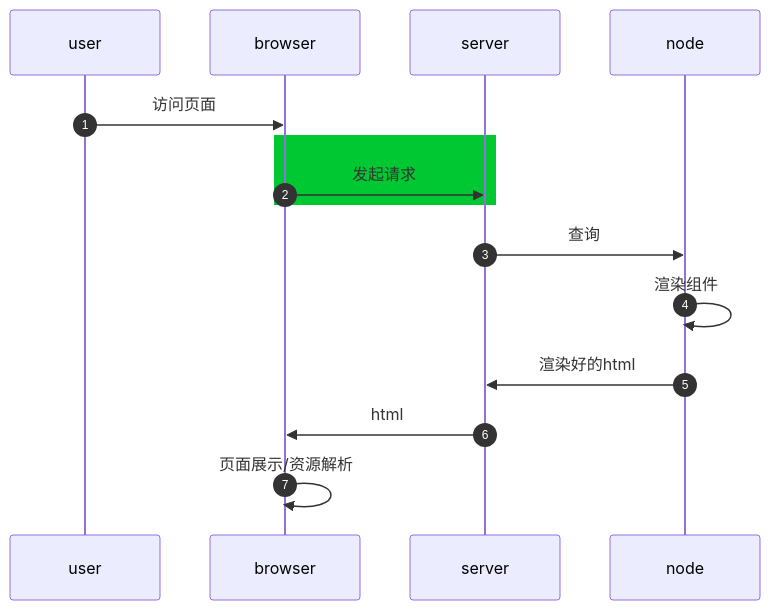
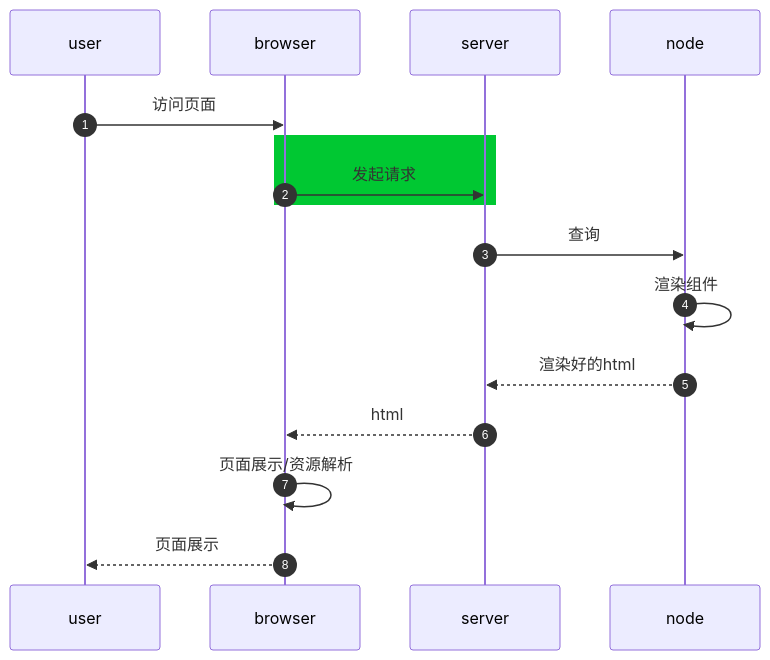
Before and after one commit to scattter/scattter.github.io: the second of 3 diagrams in docs/devops/frontend/同构渲染.md, drawn with Mermaid. The commit also changed other lines of this file, not shown here.

````diff
--- a/docs/devops/frontend/同构渲染.md
+++ b/docs/devops/frontend/同构渲染.md
@@ -63,17 +65,18 @@
 ```mermaid
 sequenceDiagram
 	autonumber
 	participant  user
 	participant browser
 	participant server
 	participant node
 	user ->> browser: 访问页面
 	rect rgb(0, 200, 50)
 		browser ->> server: 发起请求
 	end
 	server ->> node: 查询
 	node ->> node: 渲染组件
-	node ->> server: 渲染好的html
-	server ->> browser: html
+	node -->> server: 渲染好的html
+	server -->> browser: html
 	browser ->> browser: 页面展示/资源解析
+	browser -->> user: 页面展示
 ```
````
